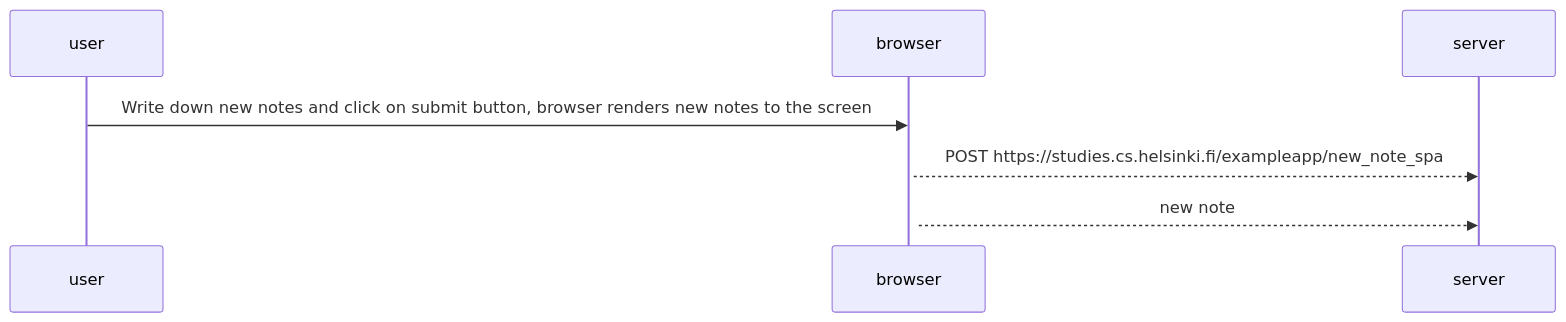
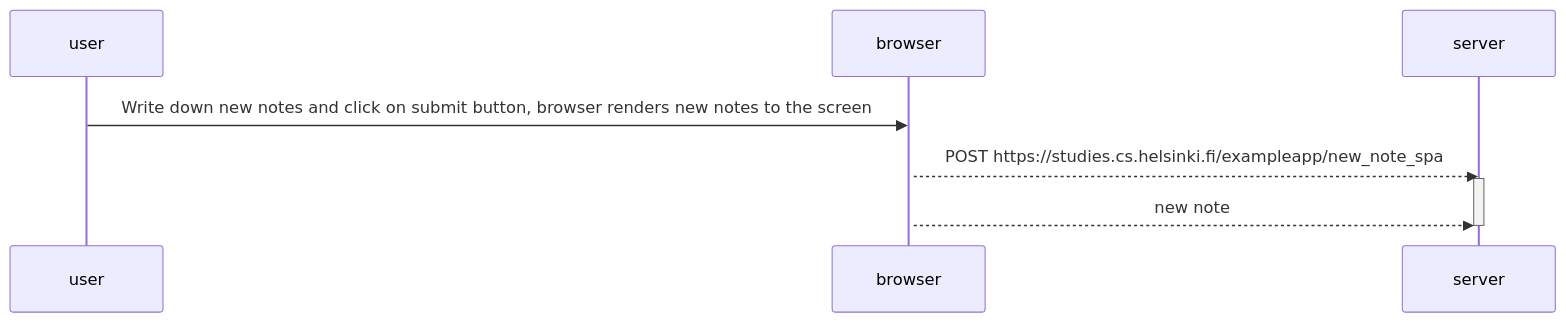
Before and after one commit to MingdaMa/Fullstack-Open-Practice: the third of 3 diagrams in README.md, drawn with Mermaid.

Commit message:
modified diagram 0.6

````diff
--- a/README.md
+++ b/README.md
@@ -70,13 +70,13 @@
 ```mermaid
 sequenceDiagram
     participant user
     participant browser
     participant server
 
     user->>browser: Write down new notes and click on submit button, browser renders new notes to the screen
     activate browser
     browser-->>server: POST https://studies.cs.helsinki.fi/exampleapp/new_note_spa
-    activate browser
+    activate server
     browser-->>server: new note
-    activate server    
+    deactivate server    
 ```
````
